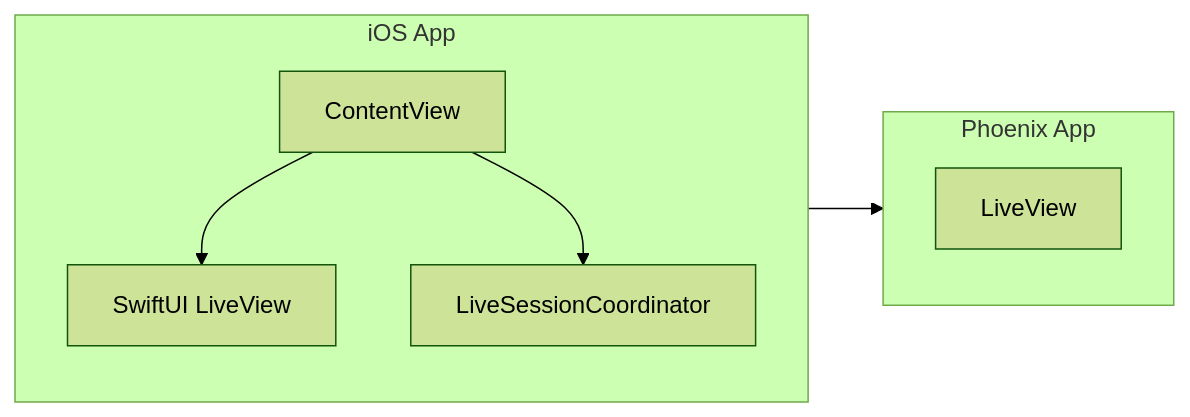
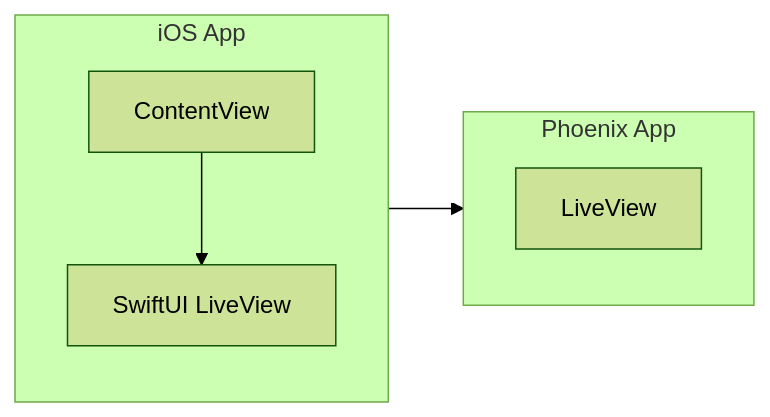
One commit to liveview-native/live_view_native changed the diagram in guides/ex_doc_notebooks/create-a-swiftui-application.md. Above: the diagram before and after it, drawn with Mermaid (forest theme). The commit also changed other lines of this file and 9 other files, not shown here.

````diff
--- a/guides/ex_doc_notebooks/create-a-swiftui-application.md
+++ b/guides/ex_doc_notebooks/create-a-swiftui-application.md
@@ -145,17 +137,15 @@
 ```mermaid
 graph LR;
   subgraph I[iOS App]
    direction TB
    ContentView
    SL[SwiftUI LiveView]
-   SC[LiveSessionCoordinator]
   end
   subgraph P[Phoenix App]
     LiveView
   end
-  I --> P
+  SL --> P
   ContentView --> SL
-     ContentView --> SC
 
   
 ```
````
